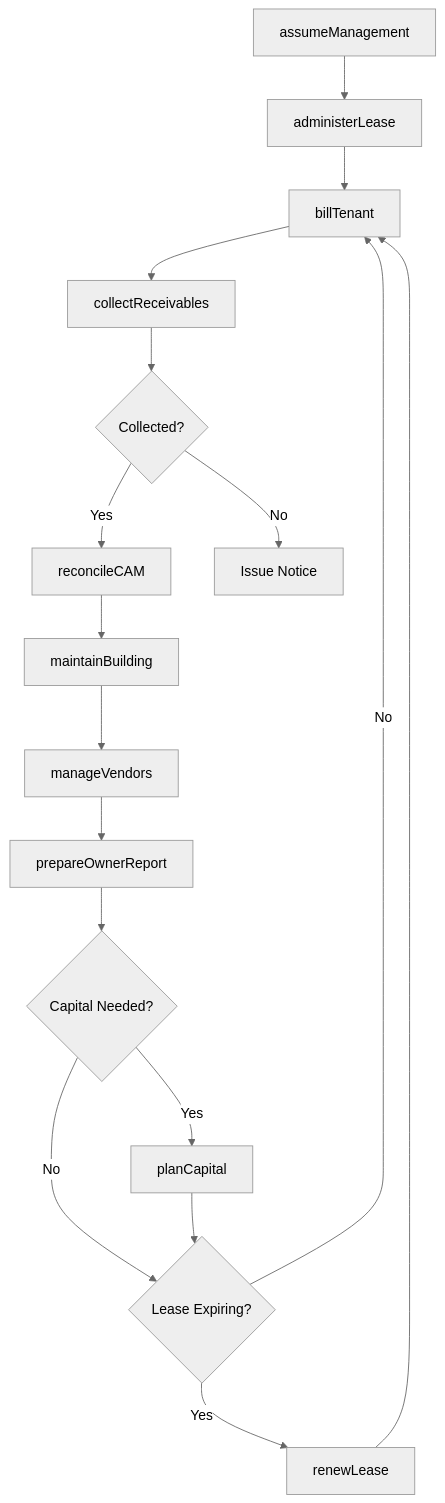
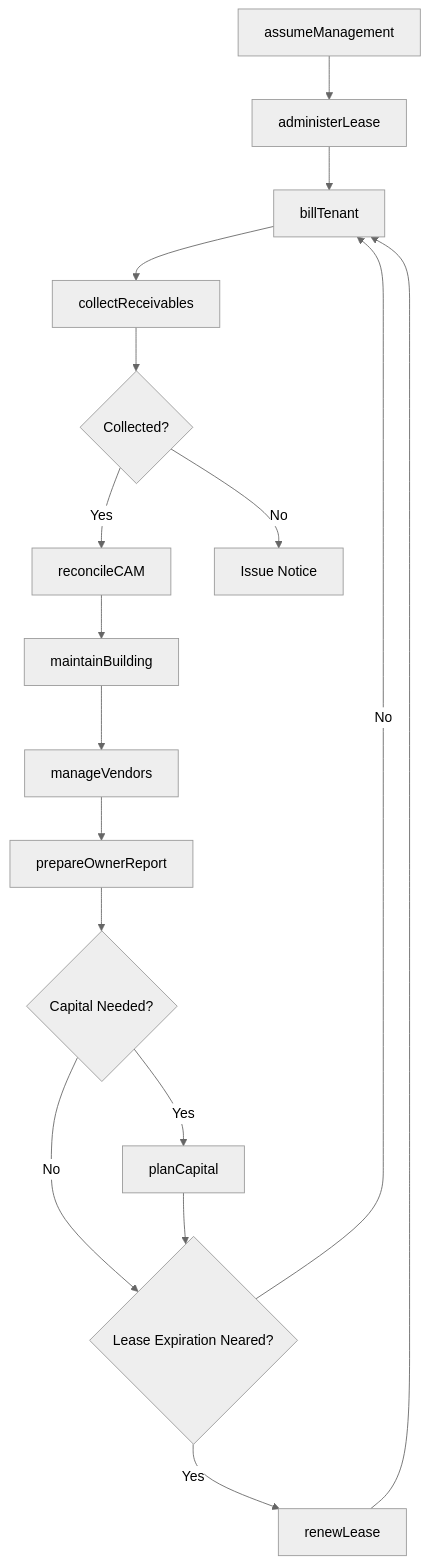
The first of 2 diagrams in RealEstate/RealEstate/ActivitiesRelatedToRealEstate/NonresidentialPropertyManagers.mdx (dot-org-ai/industries.org.ai), drawn with Mermaid (neutral theme) before and after one commit. The commit also changed other lines of this file and 588 other files, not shown here.

````diff
--- a/RealEstate/RealEstate/ActivitiesRelatedToRealEstate/NonresidentialPropertyManagers.mdx
+++ b/RealEstate/RealEstate/ActivitiesRelatedToRealEstate/NonresidentialPropertyManagers.mdx
@@ -112,19 +112,19 @@
 ```mermaid
 graph TD
     A[assumeManagement] --> B[administerLease]
     B --> C[billTenant]
     C --> D[collectReceivables]
     D --> E{Collected?}
     E -->|Yes| F[reconcileCAM]
     E -->|No| G[Issue Notice]
     F --> H[maintainBuilding]
     H --> I[manageVendors]
     I --> J[prepareOwnerReport]
     J --> K{Capital Needed?}
     K -->|Yes| L[planCapital]
-    K -->|No| M{Lease Expiring?}
+    K -->|No| M{Lease Expiration Neared?}
     L --> M
     M -->|Yes| N[renewLease]
     M -->|No| C
     N --> C
 ```
````
